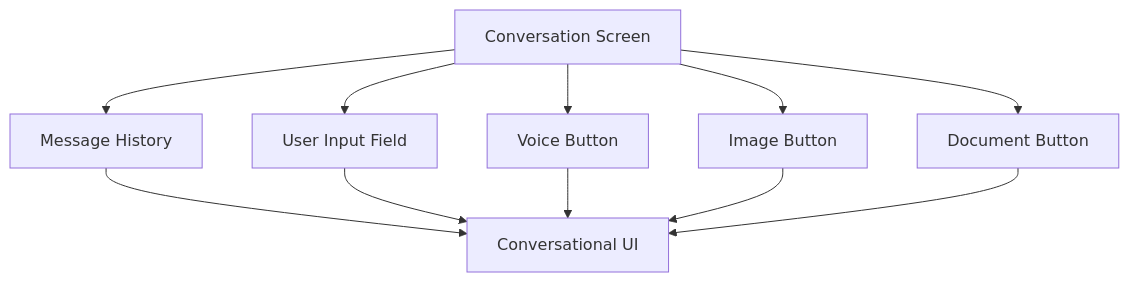
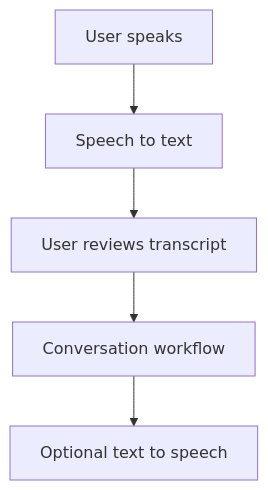
One commit to yaksheng/projects changed the third of 3 diagrams in hackathons/20251031-singhacks/user-journey/USER_JOURNEY.md. Above: the diagram before and after it, drawn with Mermaid. The commit also changed other lines of this file and 51 other files, not shown here.

````diff
--- a/hackathons/20251031-singhacks/user-journey/USER_JOURNEY.md
+++ b/hackathons/20251031-singhacks/user-journey/USER_JOURNEY.md
@@ -339,9 +30,7 @@
 ```mermaid
 graph TD
-    A[Conversation Screen] --> B[Message History]
-    A --> C[User Input Field]
-    A --> D[Voice Button]
-    A --> E[Image Button]
-    A --> F[Document Button]
-    B & C & D & E & F --> G[Conversational UI]
+    Speak[User speaks] --> STT[Speech to text]
+    STT --> Review[User reviews transcript]
+    Review --> Conversation[Conversation workflow]
+    Conversation --> TTS[Optional text to speech]
 ```
````
